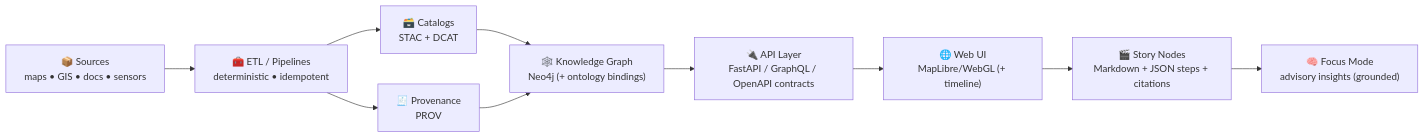
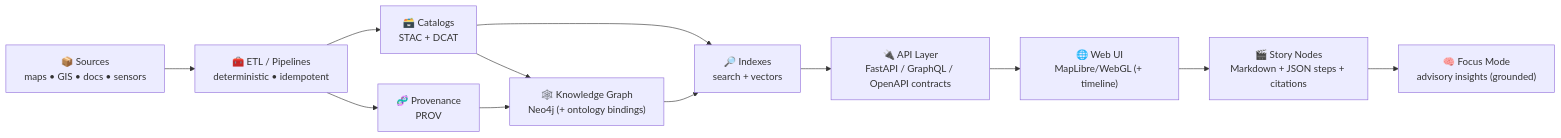
The first of 5 diagrams in .github/README.md (bartytime4life/Kansas-Frontier-Matrix), drawn with Mermaid before and after one commit. The commit also changed other lines of this file, not shown here.

````diff
--- a/.github/README.md
+++ b/.github/README.md
@@ -129,12 +143,14 @@
 ```mermaid
 flowchart LR
   A["📦 Sources<br/>maps • GIS • docs • sensors"] --> B["🧰 ETL / Pipelines<br/>deterministic • idempotent"]
   B --> C["🗃️ Catalogs<br/>STAC + DCAT"]
-  B --> D["🧾 Provenance<br/>PROV"]
+  B --> D["🧬 Provenance<br/>PROV"]
   C --> E["🕸️ Knowledge Graph<br/>Neo4j (+ ontology bindings)"]
   D --> E
-  E --> F["🔌 API Layer<br/>FastAPI / GraphQL / OpenAPI contracts"]
+  C --> S["🔎 Indexes<br/>search + vectors"]
+  E --> S
+  S --> F["🔌 API Layer<br/>FastAPI / GraphQL / OpenAPI contracts"]
   F --> G["🌐 Web UI<br/>MapLibre/WebGL (+ timeline)"]
   G --> H["🎬 Story Nodes<br/>Markdown + JSON steps + citations"]
   H --> I["🧠 Focus Mode<br/>advisory insights (grounded)"]
 ```
````
